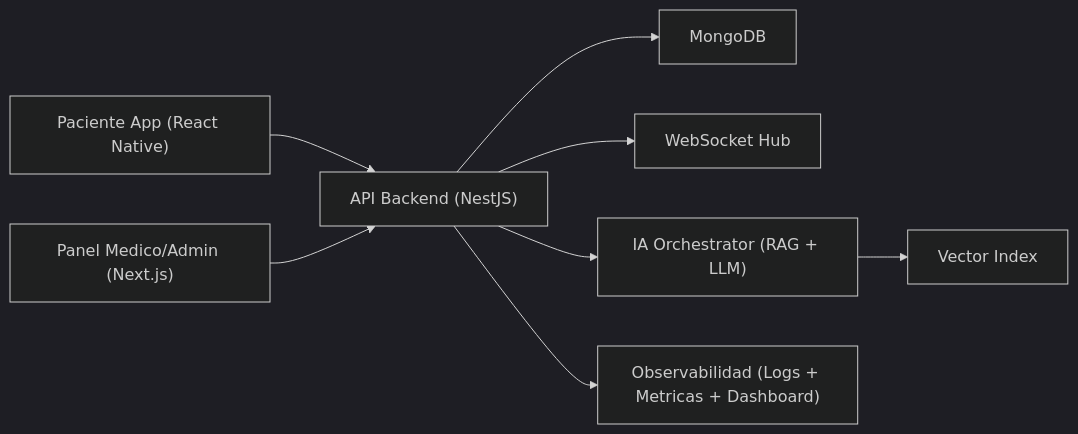
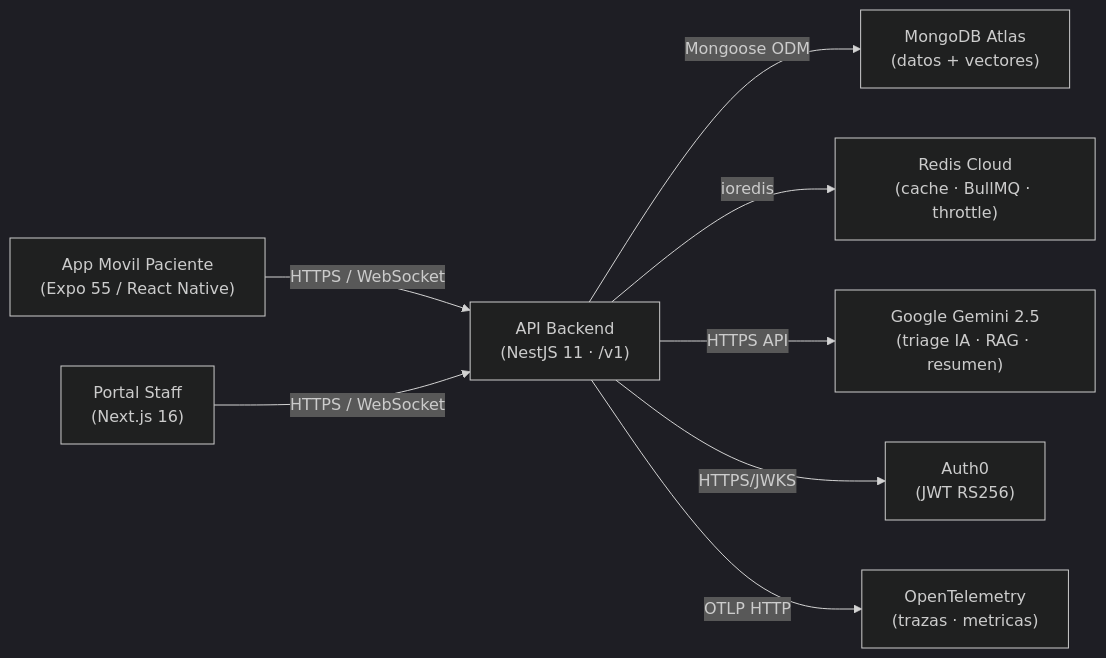
Before and after one commit to JesusJC15/salud-de-una-wiki: the first of 2 diagrams in docs/wiki/04-Arquitectura-Despliegue-Base.md, drawn with Mermaid (dark theme). The commit also changed other lines of this file and 3 other files, not shown here.

First line of the commit message:
Refactor documentation and architecture details for SaludDeUna project

````diff
--- a/docs/wiki/04-Arquitectura-Despliegue-Base.md
+++ b/docs/wiki/04-Arquitectura-Despliegue-Base.md
@@ -17,10 +27,10 @@
 ```mermaid
 flowchart LR
-  A["Paciente App (React Native)"] --> B["API Backend (NestJS)"]
-  C["Panel Medico/Admin (Next.js)"] --> B
-  B --> D["MongoDB"]
-  B --> E["WebSocket Hub"]
-  B --> F["IA Orchestrator (RAG + LLM)"]
-  F --> G["Vector Index"]
-  B --> H["Observabilidad (Logs + Metricas + Dashboard)"]
+  A["App Movil Paciente\n(Expo 55 / React Native)"] -->|HTTPS / WebSocket| B["API Backend\n(NestJS 11 · /v1)"]
+  C["Portal Staff\n(Next.js 16)"] -->|HTTPS / WebSocket| B
+  B -->|Mongoose ODM| D["MongoDB Atlas\n(datos + vectores)"]
+  B -->|ioredis| E["Redis Cloud\n(cache · BullMQ · throttle)"]
+  B -->|HTTPS API| F["Google Gemini 2.5\n(triage IA · RAG · resumen)"]
+  B -->|HTTPS/JWKS| G["Auth0\n(JWT RS256)"]
+  B -->|OTLP HTTP| H["OpenTelemetry\n(trazas · metricas)"]
 ```
````
